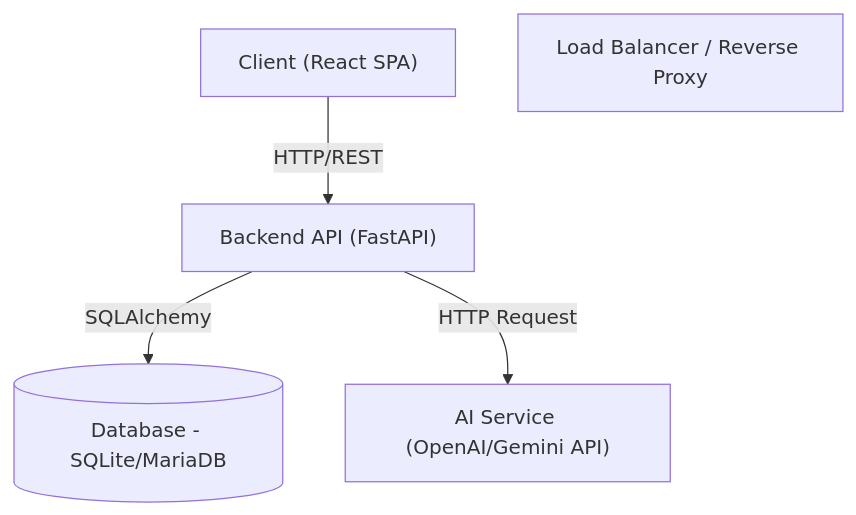
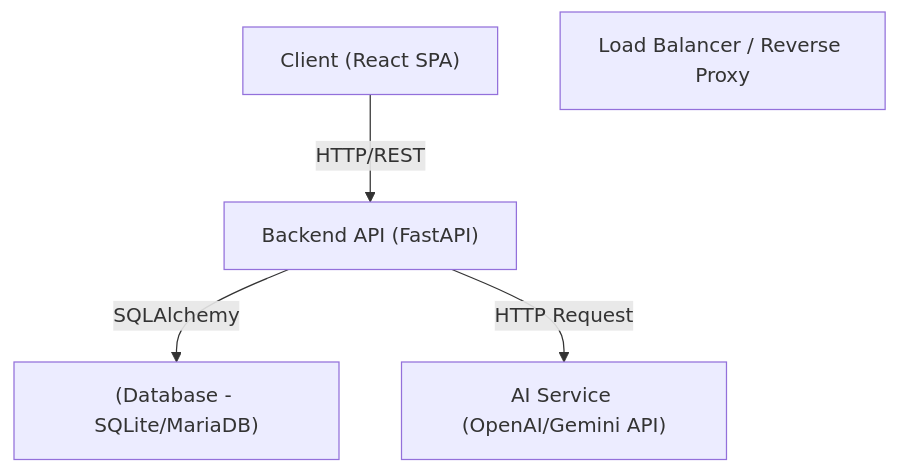
One commit to himchannnn/context_hunter changed the first of 4 diagrams in DESIGN_DOC.md. Above: the diagram before and after it, drawn with Mermaid. The commit also changed other lines of this file, not shown here.

````diff
--- a/DESIGN_DOC.md
+++ b/DESIGN_DOC.md
@@ -13,12 +13,12 @@
 ```mermaid
 graph TD
     Client["Client (React SPA)"]
     LB["Load Balancer / Reverse Proxy"]
     API["Backend API (FastAPI)"]
-    DB[("Database - SQLite/MariaDB")]
+    DB["(Database - SQLite/MariaDB)"]
     AI["AI Service (OpenAI/Gemini API)"]
 
     Client -->|HTTP/REST| API
     API -->|SQLAlchemy| DB
     API -->|HTTP Request| AI
 ```
````
